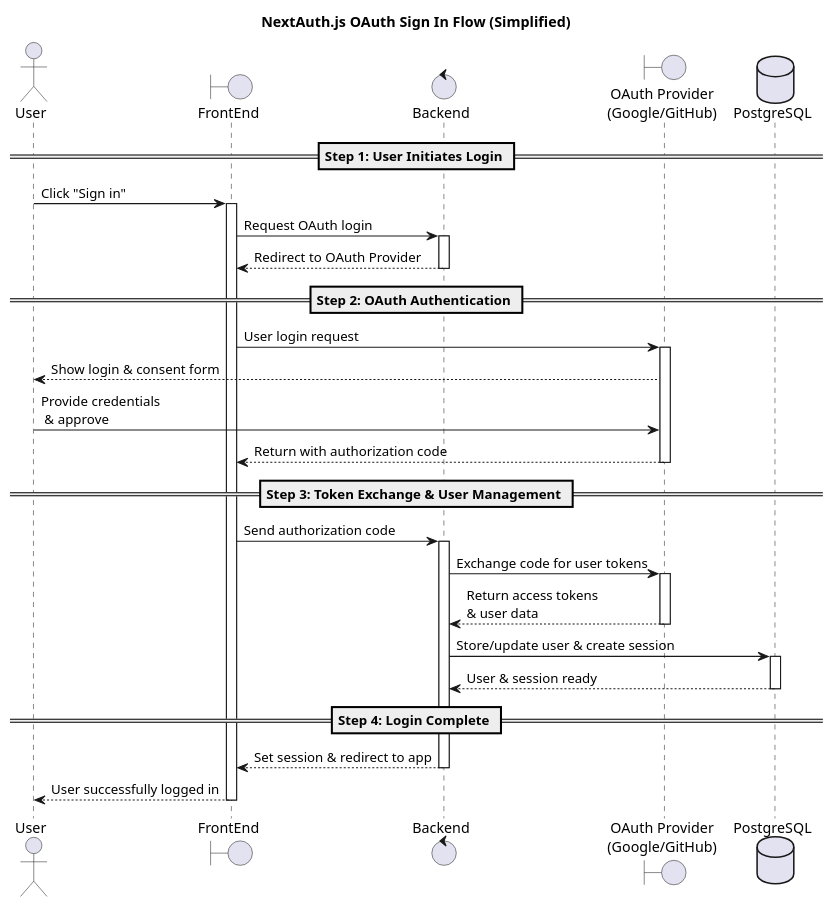
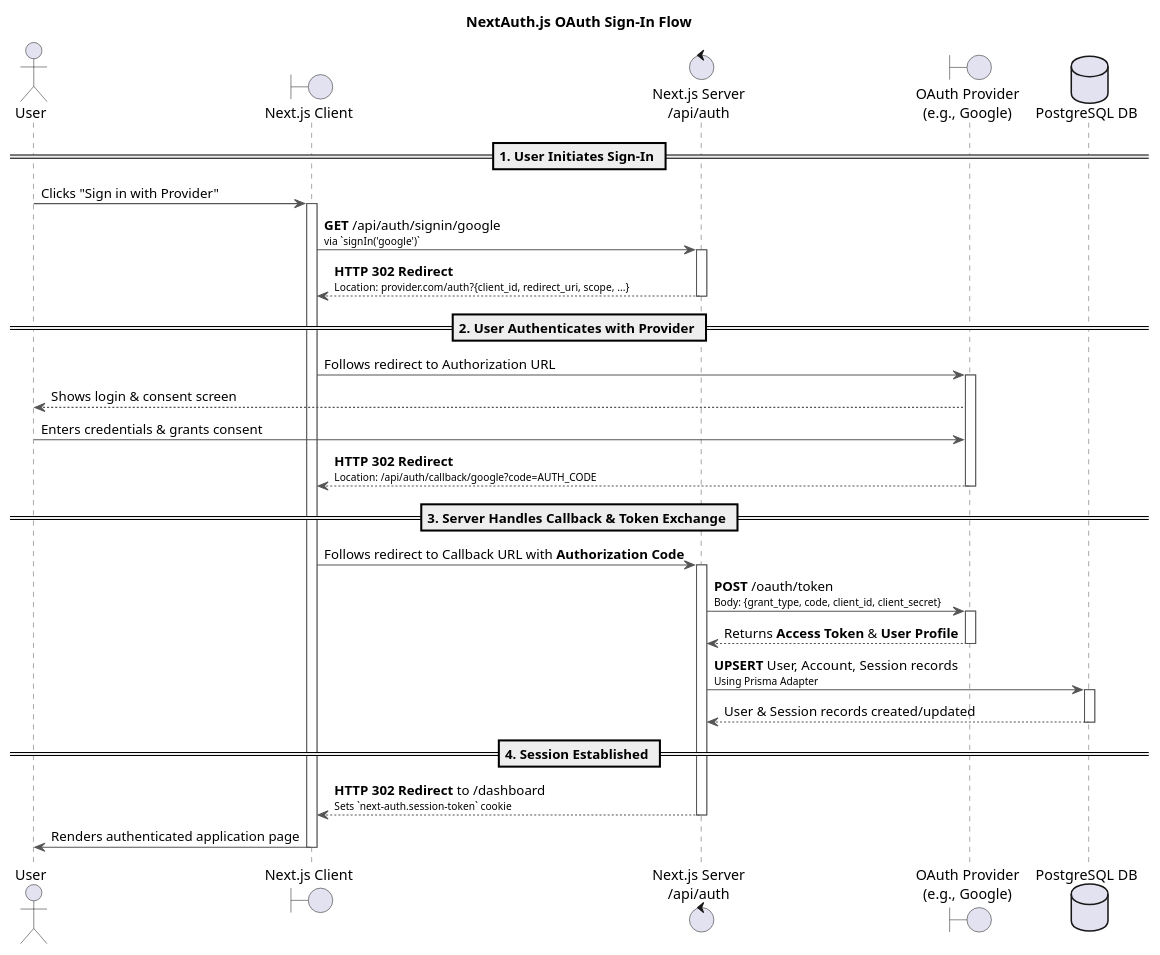
Before and after one commit to souhaib-askri/report_pfe: the diagram in conception/SprintII/sequence_diagrams/sequence_authentication_1_1_AuthenticateUsingGoogleAccount.puml, drawn with PlantUML. The commit also changed 32 other files, not shown here.

Commit message:
update sequence diagram

```diff
--- a/conception/SprintII/sequence_diagrams/sequence_authentication_1_1_AuthenticateUsingGoogleAccount.puml
+++ b/conception/SprintII/sequence_diagrams/sequence_authentication_1_1_AuthenticateUsingGoogleAccount.puml
@@ -1,49 +1,55 @@
 @startuml
-title NextAuth.js OAuth Sign In Flow (Simplified)
+title NextAuth.js OAuth Sign-In Flow
 
 actor User
-boundary FrontEnd
-control "Backend" as AppServer
-boundary "OAuth Provider\n(Google/GitHub)" as Provider
-database "PostgreSQL" as PostgresDB
+boundary "Next.js Client" as Client
+control "Next.js Server\n/api/auth" as Server
+boundary "OAuth Provider\n(e.g., Google)" as Provider
+database "PostgreSQL DB" as DB
 
-== Step 1: User Initiates Login ==
-User -> FrontEnd: Click "Sign in"
-activate FrontEnd
-FrontEnd -> AppServer: Request OAuth login
-activate AppServer
-AppServer --> FrontEnd: Redirect to OAuth Provider
-deactivate AppServer
+skinparam sequence {
+    ArrowColor #555
+    ActorBorderColor #555
+    LifeLineBorderColor #555
+    ParticipantBorderColor #007bff
+    DatabaseBorderColor #d9534f
+    ControlBorderColor #5cb85c
+    BoundaryBorderColor #f0ad4e
+}
 
+== 1. User Initiates Sign-In ==
+User -> Client: Clicks "Sign in with Provider"
+activate Client
+Client -> Server: **GET** /api/auth/signin/google\n<font size=10>via `signIn('google')`</font>
+activate Server
+Server --> Client: **HTTP 302 Redirect**\n<font size=10>Location: provider.com/auth?{client_id, redirect_uri, scope, ...}</font>
+deactivate Server
 
-== Step 2: OAuth Authentication ==
-FrontEnd -> Provider: User login request
+== 2. User Authenticates with Provider ==
+Client -> Provider: Follows redirect to Authorization URL
 activate Provider
-Provider --> User: Show login & consent form
-User -> Provider: Provide credentials\n & approve
-Provider --> FrontEnd: Return with authorization code
+Provider --> User: Shows login & consent screen
+User -> Provider: Enters credentials & grants consent
+Provider --> Client: **HTTP 302 Redirect**\n<font size=10>Location: /api/auth/callback/google?code=AUTH_CODE</font>
 deactivate Provider
 
-
-== Step 3: Token Exchange & User Management ==
-FrontEnd -> AppServer: Send authorization code
-activate AppServer
-AppServer -> Provider: Exchange code for user tokens
+== 3. Server Handles Callback & Token Exchange ==
+Client -> Server: Follows redirect to Callback URL with **Authorization Code**
+activate Server
+Server -> Provider: **POST** /oauth/token\n<font size=10>Body: {grant_type, code, client_id, client_secret}</font>
 activate Provider
-Provider --> AppServer: Return access tokens \n& user data
+Provider --> Server: Returns **Access Token** & **User Profile**
 deactivate Provider
 
-AppServer -> PostgresDB: Store/update user & create session
-activate PostgresDB
-PostgresDB --> AppServer: User & session ready
-deactivate PostgresDB
+Server -> DB: **UPSERT** User, Account, Session records\n<font size=10>Using Prisma Adapter</font>
+activate DB
+DB --> Server: User & Session records created/updated
+deactivate DB
 
-
-== Step 4: Login Complete ==
-AppServer --> FrontEnd: Set session & redirect to app
-deactivate AppServer
-FrontEnd --> User: User successfully logged in
-deactivate FrontEnd
-
+== 4. Session Established ==
+Server --> Client: **HTTP 302 Redirect** to /dashboard\n<font size=10>Sets `next-auth.session-token` cookie</font>
+deactivate Server
+Client -> User: Renders authenticated application page
+deactivate Client
 
 @enduml
```
